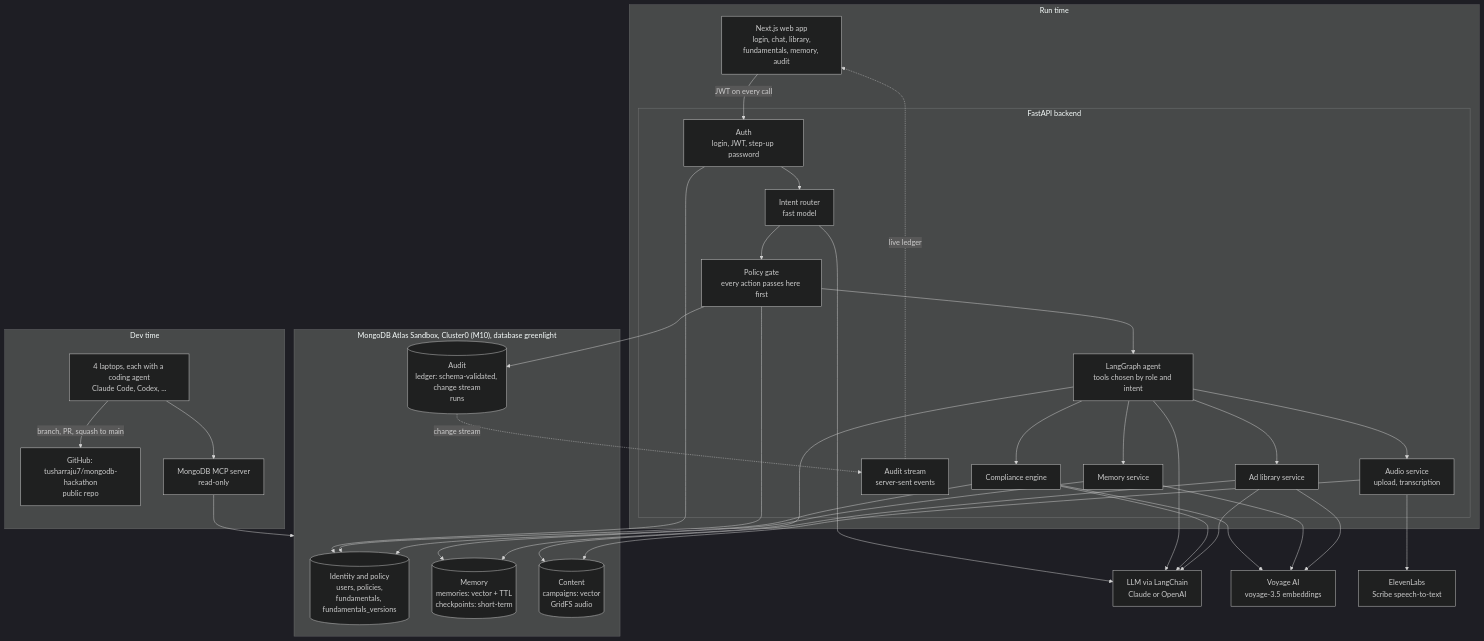
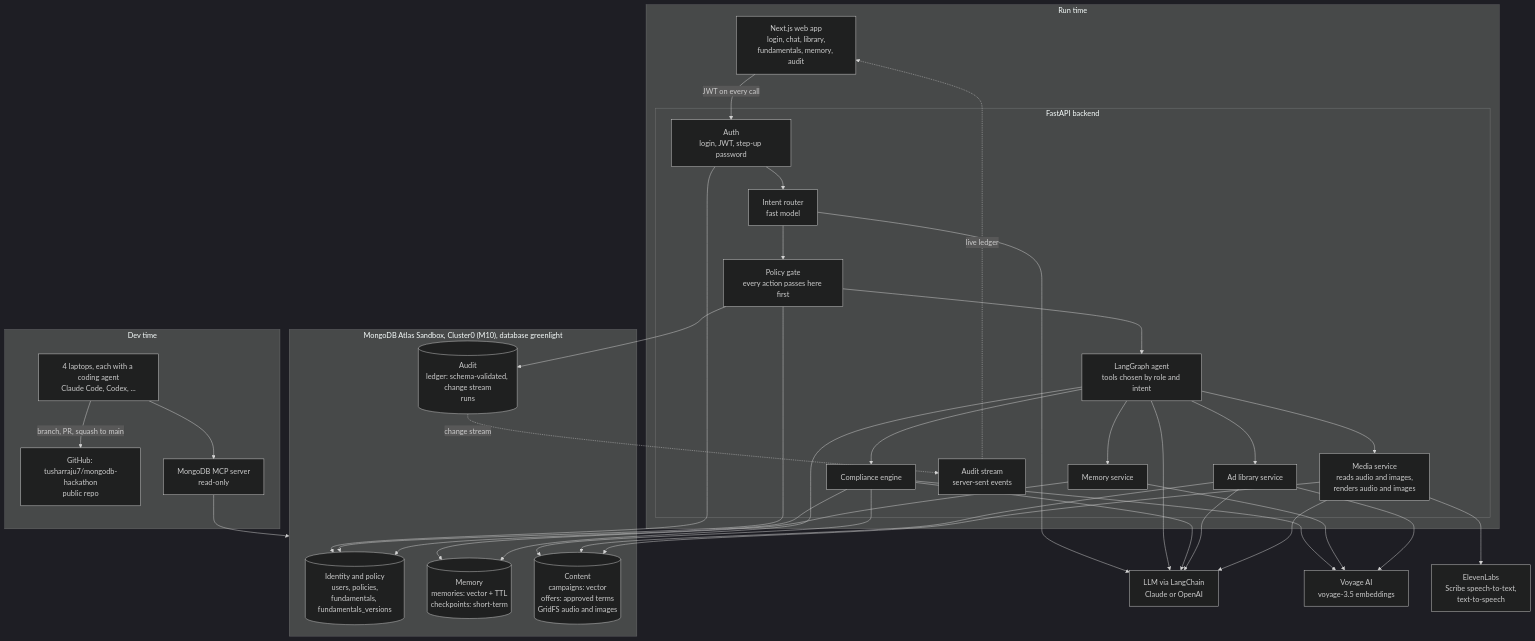
One commit to tusharraju7/mongodb-hackathon changed the diagram in docs/ARCHITECTURE.md. Above: the diagram before and after it, drawn with Mermaid (dark theme). The commit also changed other lines of this file and 17 other files, not shown here.

````diff
--- a/docs/ARCHITECTURE.md
+++ b/docs/ARCHITECTURE.md
@@ -22,62 +24,64 @@
 ```mermaid
 flowchart TB
   subgraph DEV["Dev time"]
     LAP["4 laptops, each with a coding agent<br/>Claude Code, Codex, ..."]
     GH["GitHub: tusharraju7/mongodb-hackathon<br/>public repo"]
     MCP["MongoDB MCP server<br/>read-only"]
     LAP -->|"branch, PR, squash to main"| GH
     LAP --> MCP
   end
 
   subgraph RUN["Run time"]
     WEB["Next.js web app<br/>login, chat, library,<br/>fundamentals, memory, audit"]
     subgraph API["FastAPI backend"]
       AUTH["Auth<br/>login, JWT, step-up password"]
       ROUTER["Intent router<br/>fast model"]
       GATE["Policy gate<br/>every action passes here first"]
       AGENT["LangGraph agent<br/>tools chosen by role and intent"]
       COMP["Compliance engine"]
       MEM["Memory service"]
       LIB["Ad library service"]
-      AUDIO["Audio service<br/>upload, transcription"]
+      MEDIA["Media service<br/>reads audio and images,<br/>renders audio and images"]
       SSE["Audit stream<br/>server-sent events"]
     end
     WEB -->|"JWT on every call"| AUTH
     AUTH --> ROUTER --> GATE --> AGENT
     AGENT --> COMP
     AGENT --> MEM
     AGENT --> LIB
-    AGENT --> AUDIO
+    AGENT --> MEDIA
     SSE -.->|"live ledger"| WEB
   end
 
   subgraph ATLAS["MongoDB Atlas Sandbox, Cluster0 (M10), database greenlight"]
     IDP[("Identity and policy<br/>users, policies,<br/>fundamentals, fundamentals_versions")]
     AUD[("Audit<br/>ledger: schema-validated, change stream<br/>runs")]
     MDB[("Memory<br/>memories: vector + TTL<br/>checkpoints: short-term")]
-    CON[("Content<br/>campaigns: vector<br/>GridFS audio")]
+    CON[("Content<br/>campaigns: vector<br/>offers: approved terms<br/>GridFS audio and images")]
   end
 
   LLM["LLM via LangChain<br/>Claude or OpenAI"]
   VOY["Voyage AI<br/>voyage-3.5 embeddings"]
-  EL["ElevenLabs<br/>Scribe speech-to-text"]
+  EL["ElevenLabs<br/>Scribe speech-to-text,<br/>text-to-speech"]
 
   AUTH --> IDP
   GATE --> IDP
   GATE --> AUD
   AUD -.->|"change stream"| SSE
   COMP --> IDP
+  COMP --> CON
   MEM --> MDB
   AGENT --> MDB
   LIB --> CON
-  AUDIO --> CON
+  MEDIA --> CON
   ROUTER --> LLM
   AGENT --> LLM
   COMP --> LLM
   COMP --> VOY
   MEM --> VOY
   LIB --> VOY
   LIB --> LLM
-  AUDIO --> EL
+  MEDIA --> EL
+  MEDIA --> LLM
   MCP --> ATLAS
 ```
````
